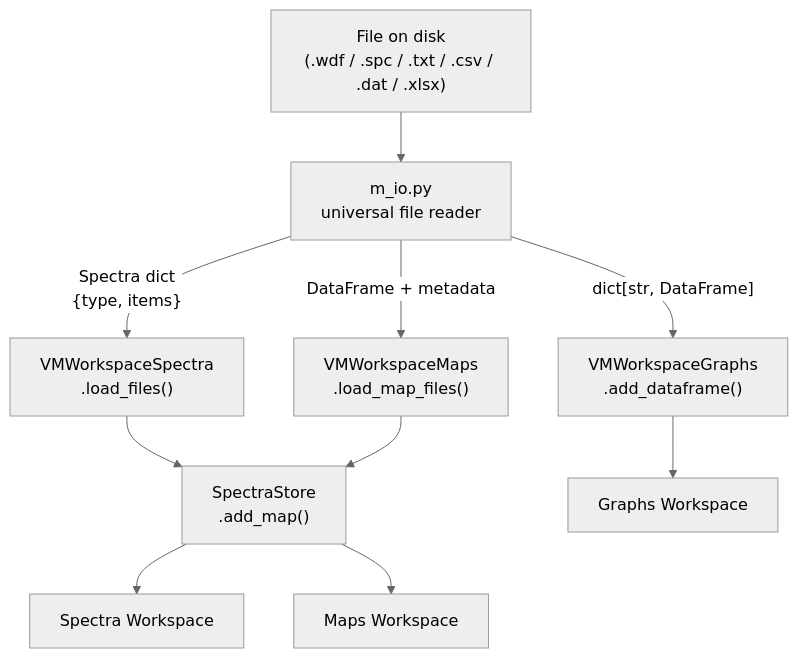
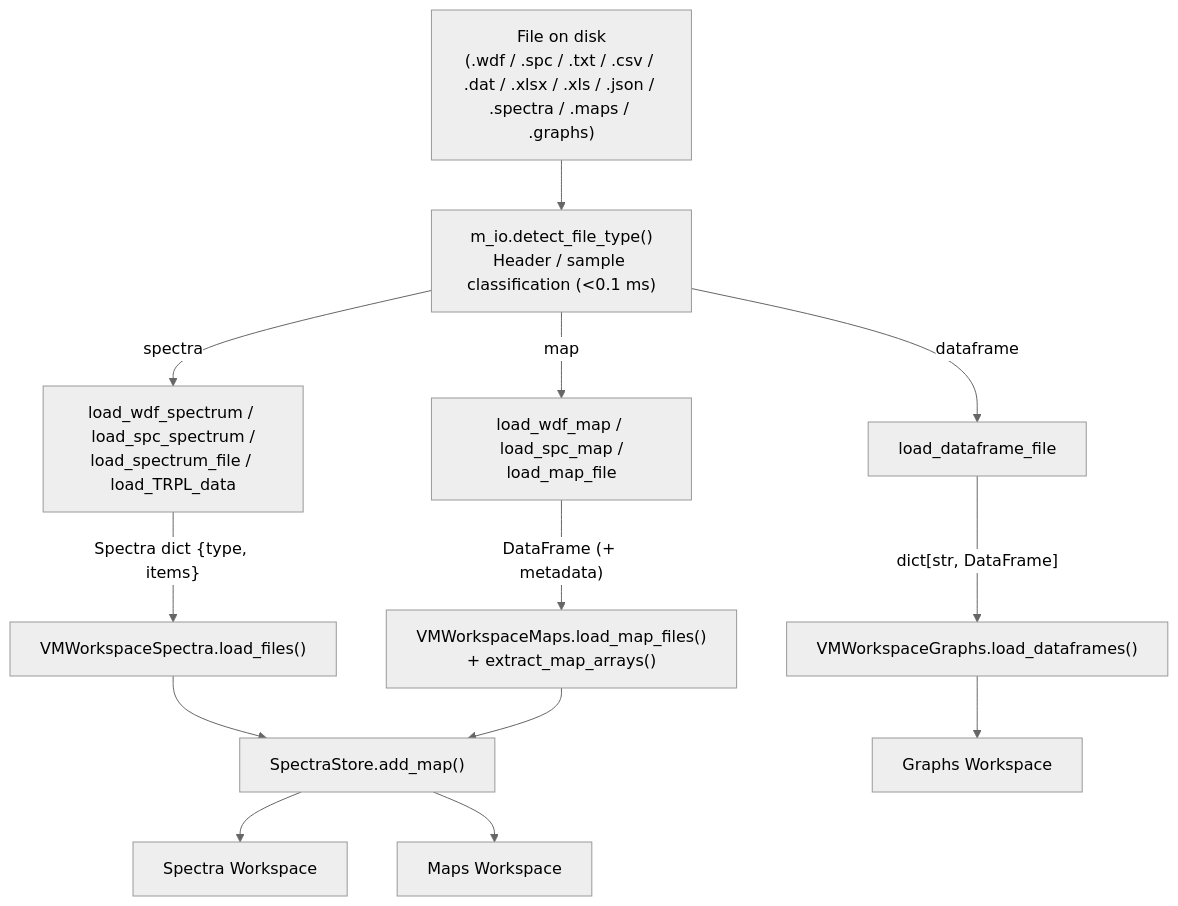
One commit to CEA-MetroCarac/SPECTROview changed the diagram in docs/developer/file_loading.md. Above: the diagram before and after it, drawn with Mermaid (neutral theme). The commit also changed other lines of this file and 16 other files, not shown here.

````diff
--- a/docs/developer/file_loading.md
+++ b/docs/developer/file_loading.md
@@ -19,17 +19,21 @@
 ```mermaid
 flowchart TD
-    FILE["File on disk<br/>(.wdf / .spc / .txt / .csv / .dat / .xlsx)"]
+    FILE["File on disk<br/>(.wdf / .spc / .txt / .csv / .dat / .xlsx / .xls / .json / .spectra / .maps / .graphs)"]
 
-    FILE --> MIO["m_io.py<br/>universal file reader"]
+    FILE --> DETECT["m_io.detect_file_type()<br/>Header / sample classification (<0.1 ms)"]
 
-    MIO -->|"Spectra dict<br/>{type, items}"| VMSPECTRA["VMWorkspaceSpectra<br/>.load_files()"]
-    MIO -->|"DataFrame + metadata"| VMMAPS["VMWorkspaceMaps<br/>.load_map_files()"]
-    MIO -->|"dict[str, DataFrame]"| VMGRAPHS["VMWorkspaceGraphs<br/>.add_dataframe()"]
+    DETECT -->|"spectra"| MIO_SPEC["load_wdf_spectrum / load_spc_spectrum /<br/>load_spectrum_file / load_TRPL_data"]
+    DETECT -->|"map"| MIO_MAP["load_wdf_map / load_spc_map /<br/>load_map_file"]
+    DETECT -->|"dataframe"| MIO_DF["load_dataframe_file"]
 
-    VMSPECTRA --> STORE["SpectraStore<br/>.add_map()"]
+    MIO_SPEC -->|"Spectra dict {type, items}"| VMSPECTRA["VMWorkspaceSpectra.load_files()"]
+    MIO_MAP -->|"DataFrame (+ metadata)"| VMMAPS["VMWorkspaceMaps.load_map_files()<br/>+ extract_map_arrays()"]
+    MIO_DF -->|"dict[str, DataFrame]"| VMGRAPHS["VMWorkspaceGraphs.load_dataframes()"]
+
+    VMSPECTRA --> STORE["SpectraStore.add_map()"]
     VMMAPS --> STORE
 
     STORE --> SPECTRA_WS["Spectra Workspace"]
     STORE --> MAPS_WS["Maps Workspace"]
     VMGRAPHS --> GRAPHS_WS["Graphs Workspace"]
 ```
````
